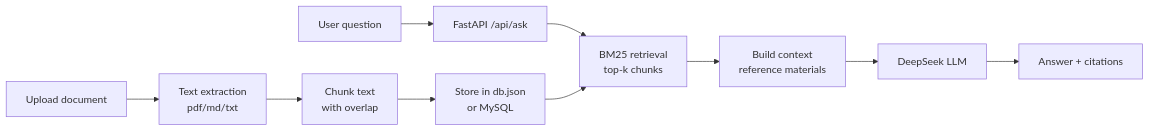
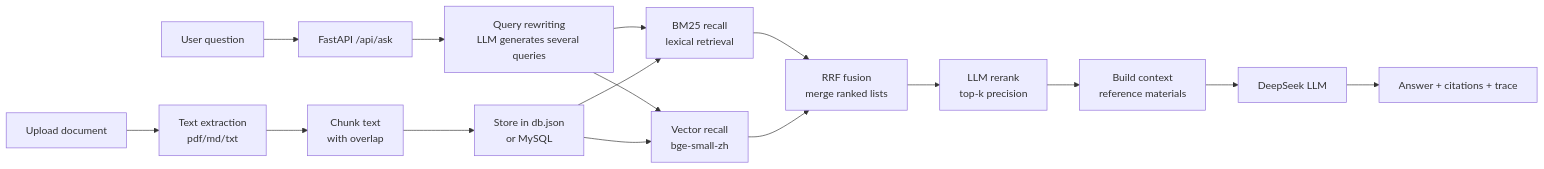
One commit to HDC233666/rag-knowledge-base changed the diagram in README.en.md. Above: the diagram before and after it, drawn with Mermaid. The commit also changed other lines of this file and 26 other files, not shown here.

Commit message:
feat: RAG v2 混合检索（BM25+向量 RRF）、查询改写、LLM 重排与检索评估

````diff
--- a/README.en.md
+++ b/README.en.md
@@ -33,12 +37,18 @@
 ```mermaid
 flowchart LR
     A[User question] --> B[FastAPI /api/ask]
-    B --> C[BM25 retrieval<br/>top-k chunks]
-    C --> D[Build context<br/>reference materials]
+    B --> R[Query rewriting<br/>LLM generates several queries]
+    R --> C1[BM25 recall<br/>lexical retrieval]
+    R --> C2[Vector recall<br/>bge-small-zh]
+    C1 --> F[RRF fusion<br/>merge ranked lists]
+    C2 --> F
+    F --> G[LLM rerank<br/>top-k precision]
+    G --> D[Build context<br/>reference materials]
     D --> E[DeepSeek LLM]
-    E --> F[Answer + citations]
-    U[Upload document] --> G[Text extraction<br/>pdf/md/txt]
-    G --> H[Chunk text<br/>with overlap]
-    H --> I[Store in db.json<br/>or MySQL]
-    I --> C
+    E --> H[Answer + citations + trace]
+    U[Upload document] --> I[Text extraction<br/>pdf/md/txt]
+    I --> J[Chunk text<br/>with overlap]
+    J --> K[Store in db.json<br/>or MySQL]
+    K --> C1
+    K --> C2
 ```
````
